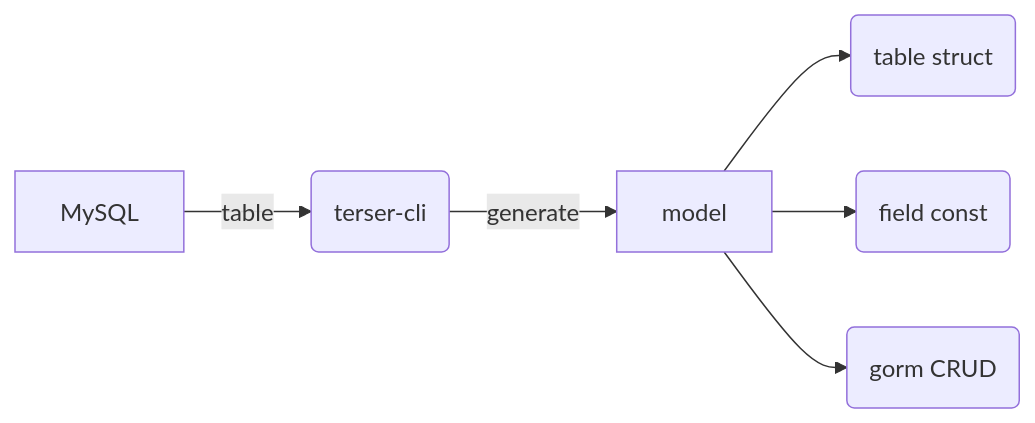
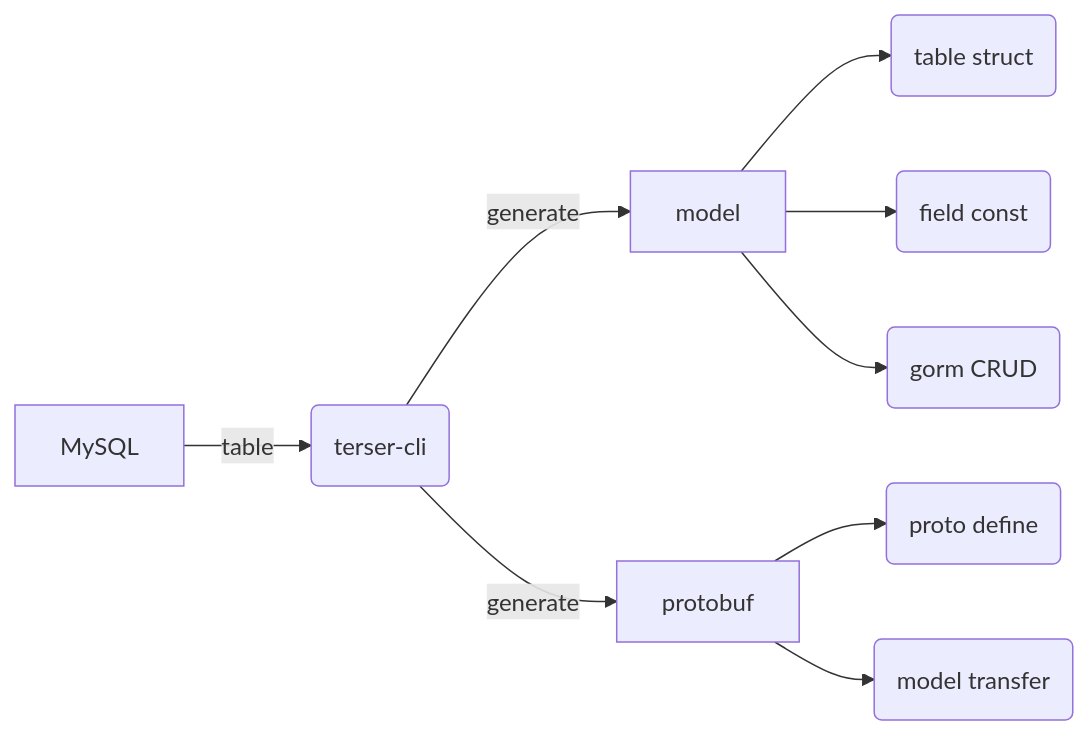
One commit to tersergo/terser-cli changed the diagram in README.md. Above: the diagram before and after it, drawn with Mermaid. The commit also changed 1 other file, not shown here.

Commit message:
up README

````diff
--- a/README.md
+++ b/README.md
@@ -6,8 +6,11 @@
 ```mermaid
 graph LR;
     mysql[MySQL] --> |table| terser(terser-cli)
     terser --> |generate| model[model]
     model --> struct(table struct)
     model --> const(field const)
     model --> gorm(gorm CRUD)
+    terser --> |generate| proto[protobuf]
+    proto --> pbfile(proto define)
+    proto --> pbt(model transfer)
 ```
````
